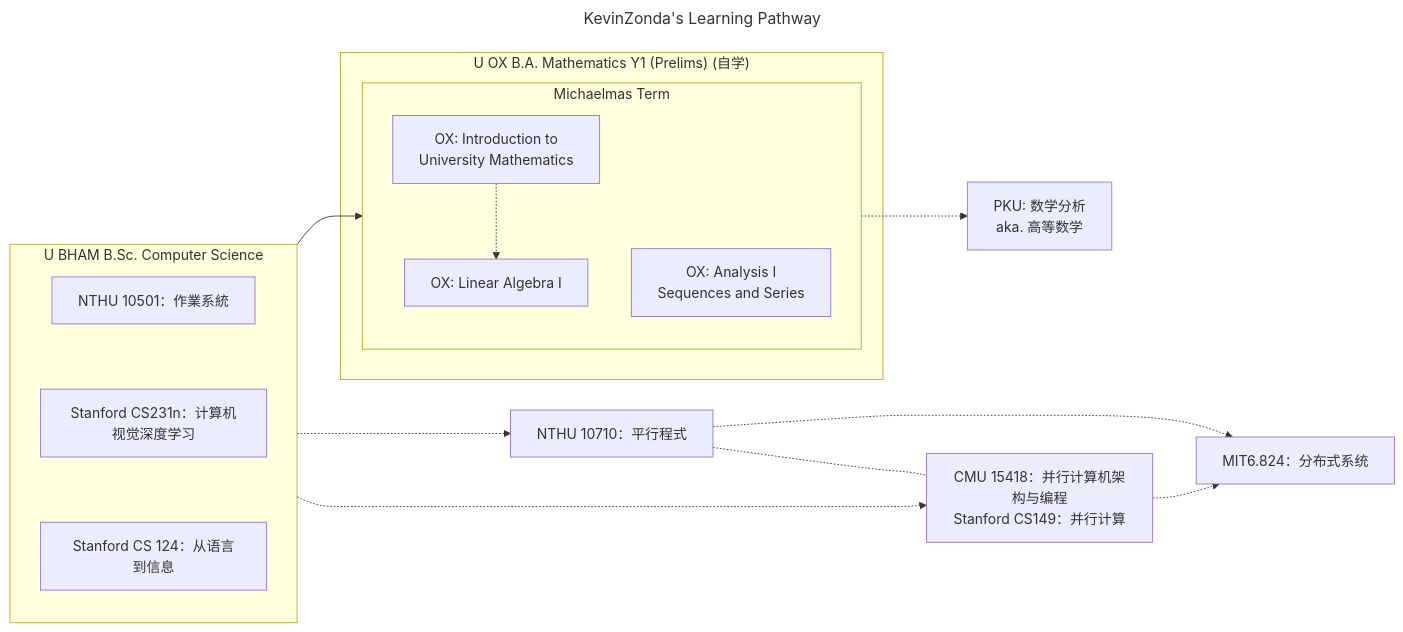
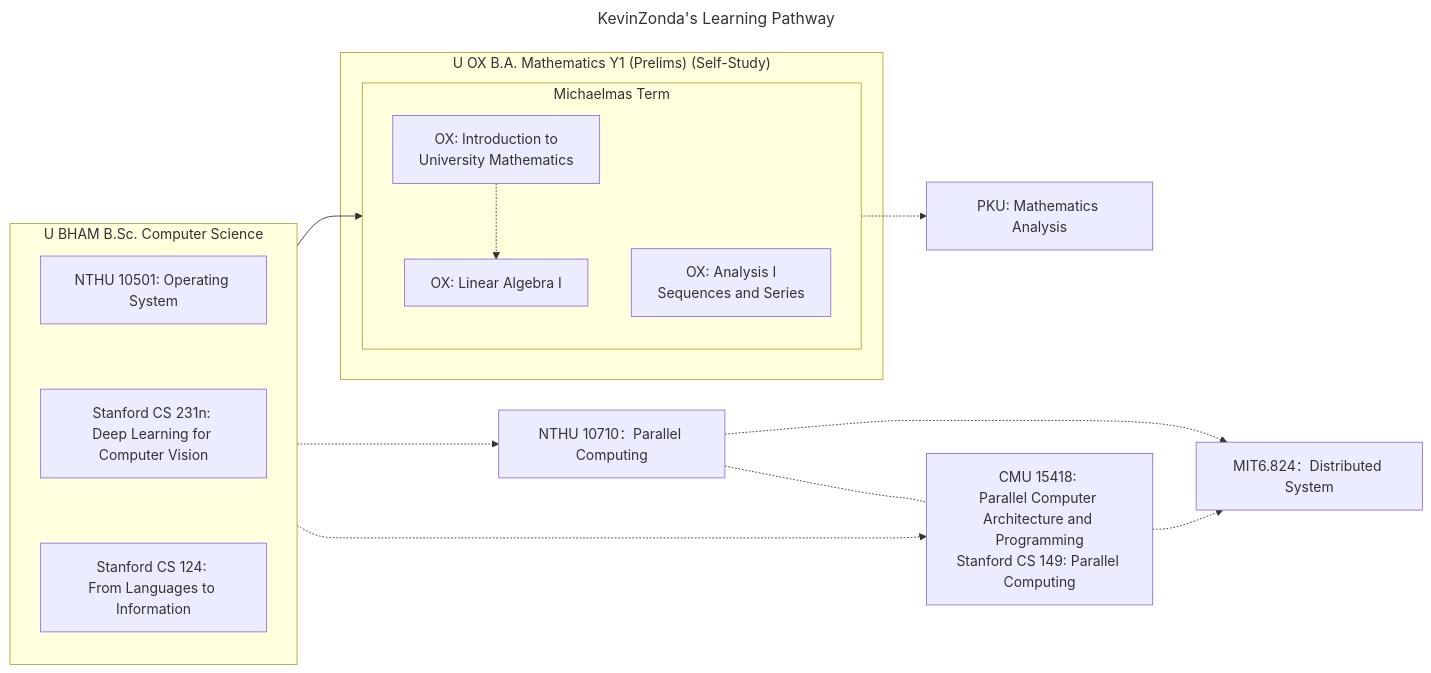
One commit to KevinZonda/KevinZonda changed the diagram in README.md. Above: the diagram before and after it, drawn with Mermaid.

````diff
--- a/README.md
+++ b/README.md
@@ -43,43 +43,43 @@
 ```mermaid
 ---
 title: KevinZonda's Learning Pathway
 ---
 flowchart LR
   subgraph UOB[U BHAM B.Sc. Computer Science]
     direction TB
-    NTHU_OS[NTHU 10501：作業系統]
-    S_CVDL[Stanford CS231n：计算机视觉深度学习]
-    S_NLP[Stanford CS 124：从语言到信息]
+    NTHU_OS[NTHU 10501: Operating System]
+    S_CVDL[Stanford CS 231n: <br>Deep Learning for Computer Vision]
+    S_NLP[Stanford CS 124: <br>From Languages to Information]
     NTHU_OS ~~~ S_CVDL
     S_CVDL ~~~ S_NLP
   end
 
-  subgraph OX_M_Y1["U OX B.A. Mathematics Y1 (Prelims) (自学)"]
+  subgraph OX_M_Y1["U OX B.A. Mathematics Y1 (Prelims) (Self-Study)"]
     subgraph OX_M_Y1_T1[Michaelmas Term]
       direction TB
       OX_IntroUniMath[OX: Introduction to<br>University Mathematics]
       OX_LinearAlg1[OX: Linear Algebra I]
       OX_Analysis1[OX: Analysis I<br>Sequences and Series]
     end
   end
 
   
-  PKU_MathAnalysis[PKU: 数学分析<br>aka. 高等数学]
+  PKU_MathAnalysis[PKU: Mathematics Analysis]
   
-  NTHU_Parallel[NTHU 10710：平行程式]
-  CMU_Parallel[CMU 15418：并行计算机架构与编程<br>Stanford CS149：并行计算]
+  NTHU_Parallel[NTHU 10710：Parallel Computing]
+  CMU_Parallel[CMU 15418: <br>Parallel Computer Architecture and Programming<br>Stanford CS 149: Parallel Computing]
   NTHU_Parallel -.- CMU_Parallel
-  MIT_DistSys[MIT6.824：分布式系统]
+  MIT_DistSys[MIT6.824：Distributed System]
   
 
   UOB -.-> NTHU_Parallel
   UOB -.-> CMU_Parallel
   NTHU_Parallel -.-> MIT_DistSys
   CMU_Parallel -.-> MIT_DistSys
 
   UOB --> OX_IntroUniMath
 
   OX_IntroUniMath -.-> OX_LinearAlg1
   OX_IntroUniMath -.-> PKU_MathAnalysis
   
 ```
````
